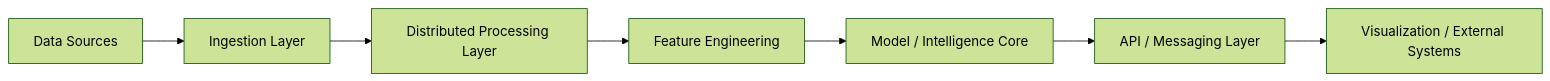
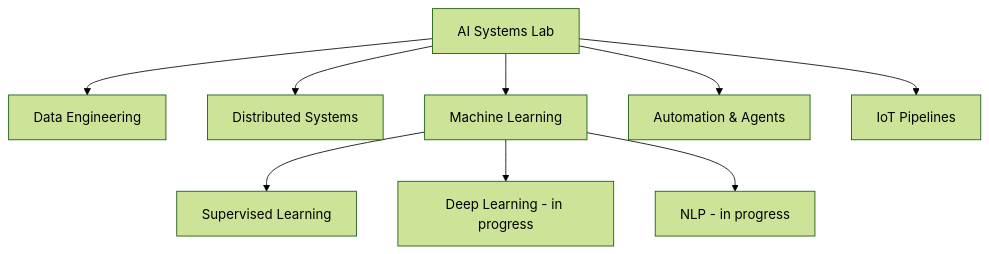
Before and after one commit to Davi-MTS/Davi-MTS: the diagram in README.md, drawn with Mermaid (forest theme). The commit also changed other lines of this file, not shown here.

````diff
--- a/README.md
+++ b/README.md
@@ -69,9 +56,12 @@
 ```mermaid
-flowchart LR
-    A[Data Sources] --> B[Ingestion Layer]
-    B --> C[Distributed Processing Layer]
-    C --> D[Feature Engineering]
-    D --> E[Model / Intelligence Core]
-    E --> F[API / Messaging Layer]
-    F --> G[Visualization / External Systems]
+graph TD
+    A[AI Systems Lab] --> B[Data Engineering]
+    A --> C[Distributed Systems]
+    A --> D[Machine Learning]
+    A --> E[Automation & Agents]
+    A --> F[IoT Pipelines]
+
+    D --> G[Supervised Learning]
+    D --> H[Deep Learning - in progress]
+    D --> I[NLP - in progress]
 ```
````
